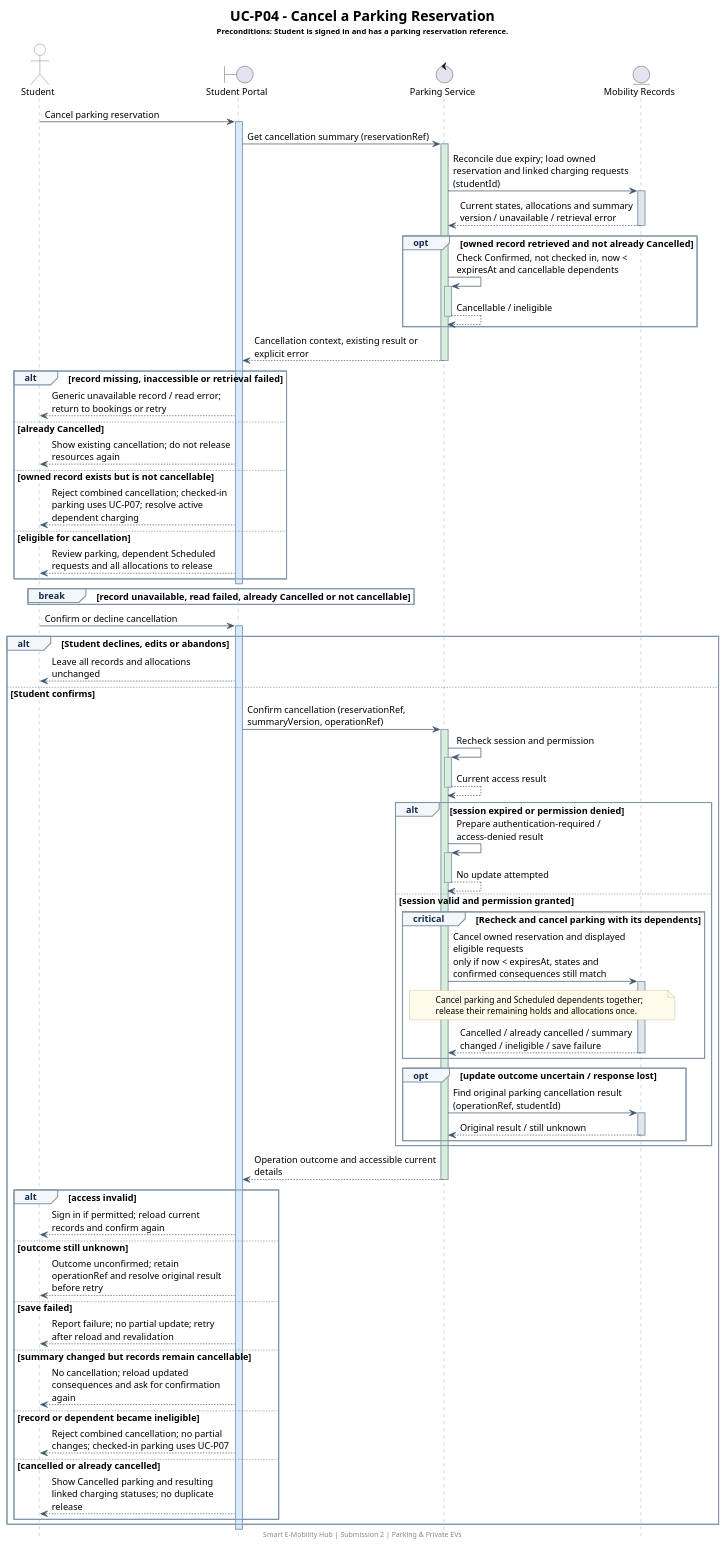
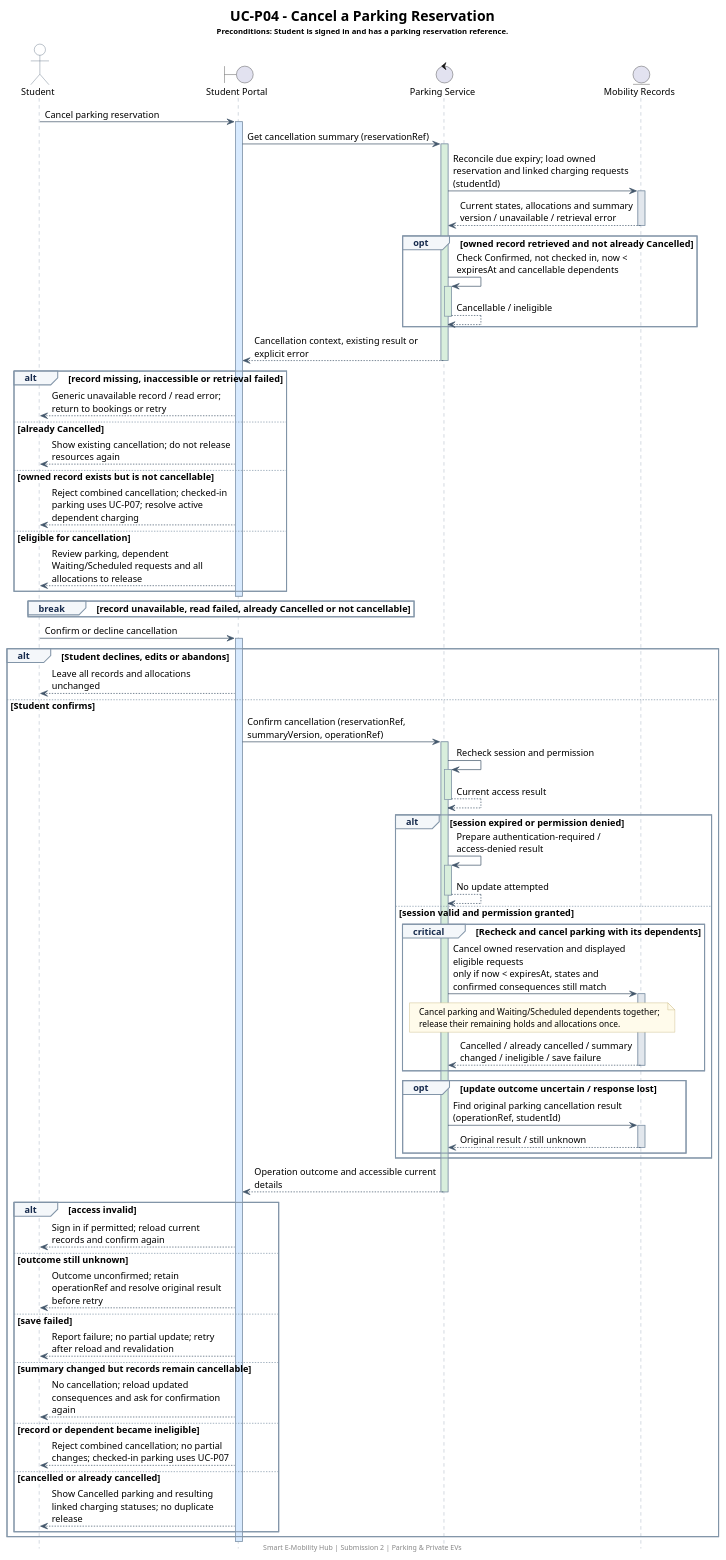
Before and after one commit to thanhpham1108/smart-e-mobility-hub: the diagram in docs/submission-2/sequence-diagrams/parking-private-ev/SD_CancelParkingReservation.puml, drawn with PlantUML. The commit also changed 55 other files, not shown here.

Commit message:
docs(submission-2): align charging diagrams and UI with FCFS waitlist

```diff
--- a/docs/submission-2/sequence-diagrams/parking-private-ev/SD_CancelParkingReservation.puml
+++ b/docs/submission-2/sequence-diagrams/parking-private-ev/SD_CancelParkingReservation.puml
@@ -1,124 +1,125 @@
 @startuml
 skinparam backgroundColor #FFFFFF
 skinparam shadowing false
+skinparam linetype ortho
 skinparam defaultFontName SansSerif
 skinparam defaultFontSize 13
 skinparam titleFontSize 20
 skinparam maxMessageSize 260
 skinparam ParticipantPadding 24
 skinparam BoxPadding 12
 skinparam sequence {
   ArrowColor #42566B
   LifeLineBorderColor #8295A8
   LifeLineBackgroundColor #D8EAFE
   ActivationBorderColor #42566B
   ParticipantBorderColor #42566B
   ParticipantBackgroundColor #E8F1FA
   ParticipantFontColor #172B4D
   ActorBorderColor #42566B
   ActorBackgroundColor #FFFFFF
   GroupBorderColor #8295A8
   GroupBackgroundColor #F4F7FA
   GroupHeaderFontColor #172B4D
   DividerBackgroundColor #E8F1FA
   DividerBorderColor #8295A8
 }
 skinparam note {
   BackgroundColor #FFFBEB
   BorderColor #BBA86A
   FontSize 12
 }
 hide footbox
 title
 UC-P04 - Cancel a Parking Reservation
 <size:11>Preconditions: Student is signed in and has a parking reservation reference.</size>
 end title
 actor Student as ST
 boundary "Student Portal" as UI
 control "Parking Service" as SVC
 entity "Mobility Records" as DATA
 
 ST -> UI: Cancel parking reservation
 activate UI #D8EAFE
 UI -> SVC: Get cancellation summary (reservationRef)
 activate SVC #D8EEDC
 SVC -> DATA: Reconcile due expiry; load owned reservation and linked charging requests (studentId)
 activate DATA #E2E7ED
 DATA --> SVC: Current states, allocations and summary version / unavailable / retrieval error
 deactivate DATA
 opt owned record retrieved and not already Cancelled
 SVC -> SVC: Check Confirmed, not checked in, now < expiresAt and cancellable dependents
 activate SVC #D8EEDC
 SVC --> SVC: Cancellable / ineligible
 deactivate SVC
 end
 SVC --> UI: Cancellation context, existing result or explicit error
 deactivate SVC
 alt record missing, inaccessible or retrieval failed
 UI --> ST: Generic unavailable record / read error; return to bookings or retry
 else already Cancelled
 UI --> ST: Show existing cancellation; do not release resources again
 else owned record exists but is not cancellable
 UI --> ST: Reject combined cancellation; checked-in parking uses UC-P07; resolve active dependent charging
 else eligible for cancellation
-UI --> ST: Review parking, dependent Scheduled requests and all allocations to release
+UI --> ST: Review parking, dependent Waiting/Scheduled requests and all allocations to release
 end
 deactivate UI
 break record unavailable, read failed, already Cancelled or not cancellable
 
 end
 
 ST -> UI: Confirm or decline cancellation
 activate UI #D8EAFE
 alt Student declines, edits or abandons
 UI --> ST: Leave all records and allocations unchanged
 else Student confirms
 UI -> SVC: Confirm cancellation (reservationRef, summaryVersion, operationRef)
 activate SVC #D8EEDC
 SVC -> SVC: Recheck session and permission
 activate SVC #D8EEDC
 SVC --> SVC: Current access result
 deactivate SVC
 alt session expired or permission denied
 SVC -> SVC: Prepare authentication-required / access-denied result
 activate SVC #D8EEDC
 SVC --> SVC: No update attempted
 deactivate SVC
 else session valid and permission granted
 critical Recheck and cancel parking with its dependents
 SVC -> DATA: Cancel owned reservation and displayed eligible requests\nonly if now < expiresAt, states and confirmed consequences still match
 activate DATA #E2E7ED
 note over SVC,DATA
-  Cancel parking and Scheduled dependents together;
+  Cancel parking and Waiting/Scheduled dependents together;
   release their remaining holds and allocations once.
 end note
 DATA --> SVC: Cancelled / already cancelled / summary changed / ineligible / save failure
 deactivate DATA
 end
 opt update outcome uncertain / response lost
 SVC -> DATA: Find original parking cancellation result (operationRef, studentId)
 activate DATA #E2E7ED
 DATA --> SVC: Original result / still unknown
 deactivate DATA
 end
 end
 SVC --> UI: Operation outcome and accessible current details
 deactivate SVC
 alt access invalid
 UI --> ST: Sign in if permitted; reload current records and confirm again
 else outcome still unknown
 UI --> ST: Outcome unconfirmed; retain operationRef and resolve original result before retry
 else save failed
 UI --> ST: Report failure; no partial update; retry after reload and revalidation
 else summary changed but records remain cancellable
 UI --> ST: No cancellation; reload updated consequences and ask for confirmation again
 else record or dependent became ineligible
 UI --> ST: Reject combined cancellation; no partial changes; checked-in parking uses UC-P07
 else cancelled or already cancelled
 UI --> ST: Show Cancelled parking and resulting linked charging statuses; no duplicate release
 end
 end
 deactivate UI
 
 footer Smart E-Mobility Hub | Submission 2 | Parking & Private EVs
 @enduml
```
